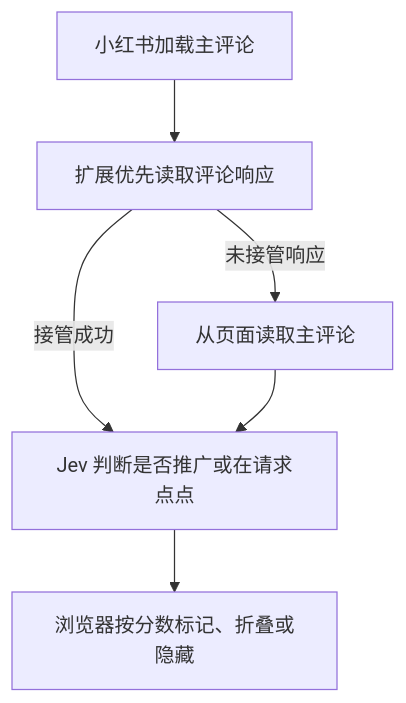
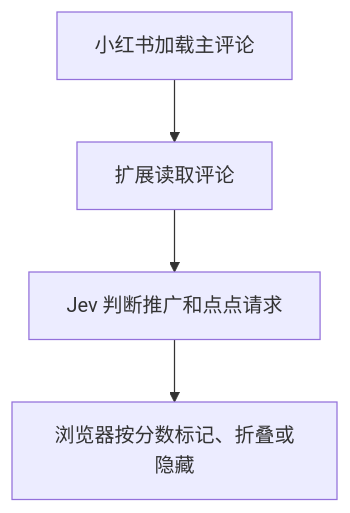
One commit to JDChi/jev-rednote changed the diagram in README.md. Above: the diagram before and after it, drawn with Mermaid. The commit also changed other lines of this file and 9 other files, not shown here.

````diff
--- a/README.md
+++ b/README.md
@@ -47,8 +55,6 @@
 ```mermaid
 flowchart TD
-    A["小红书加载主评论"] --> B["扩展优先读取评论响应"]
-    B -->|"接管成功"| D["Jev 判断是否推广或在请求点点"]
-    B -->|"未接管响应"| C["从页面读取主评论"]
-    C --> D
-    D --> E["浏览器按分数标记、折叠或隐藏"]
+    A["小红书加载主评论"] --> B["扩展读取评论"]
+    B --> C["Jev 判断推广和点点请求"]
+    C --> D["浏览器按分数标记、折叠或隐藏"]
 ```
````
